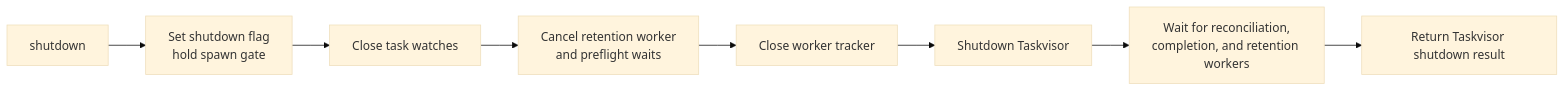
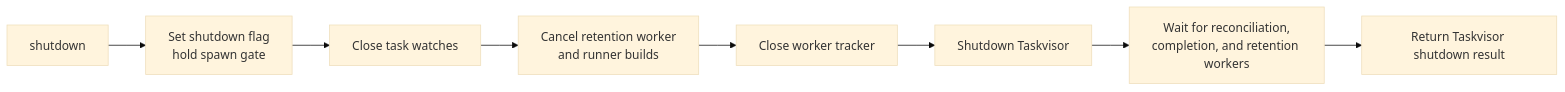
One commit to soltiHQ/sdk changed the eighth of 8 diagrams in crates/solti-core/ARCHITECTURE.md. Above: the diagram before and after it, drawn with Mermaid (base theme). The commit also changed other lines of this file and 90 other files, not shown here.

````diff
--- a/crates/solti-core/ARCHITECTURE.md
+++ b/crates/solti-core/ARCHITECTURE.md
@@ -451,20 +467,20 @@
 ```mermaid
 %%{init: {"flowchart": {"curve": "linear"}}}%%
 flowchart LR
     Start["shutdown"]
     Fence["Set shutdown flag<br/>hold spawn gate"]
     Watches["Close task watches"]
-    Retention["Cancel retention worker<br/>and preflight waits"]
+    Retention["Cancel retention worker<br/>and runner builds"]
     Tracker["Close worker tracker"]
     Runtime["Shutdown Taskvisor"]
     Drain["Wait for reconciliation,<br/>completion, and retention workers"]
     Result["Return Taskvisor shutdown result"]
 
     Start --> Fence
     Fence --> Watches
     Watches --> Retention
     Retention --> Tracker
     Tracker --> Runtime
     Runtime --> Drain
     Drain --> Result
 ```
````
